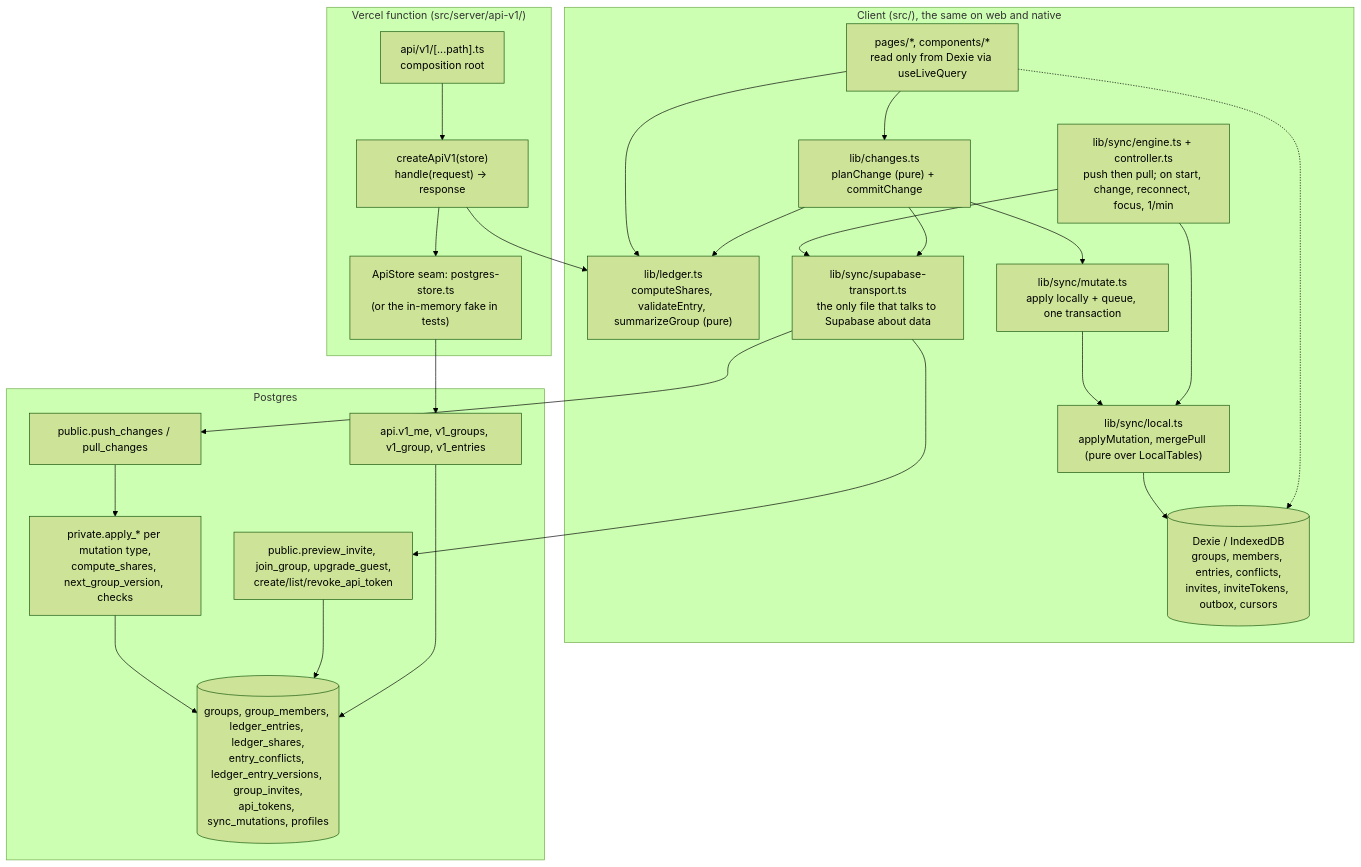
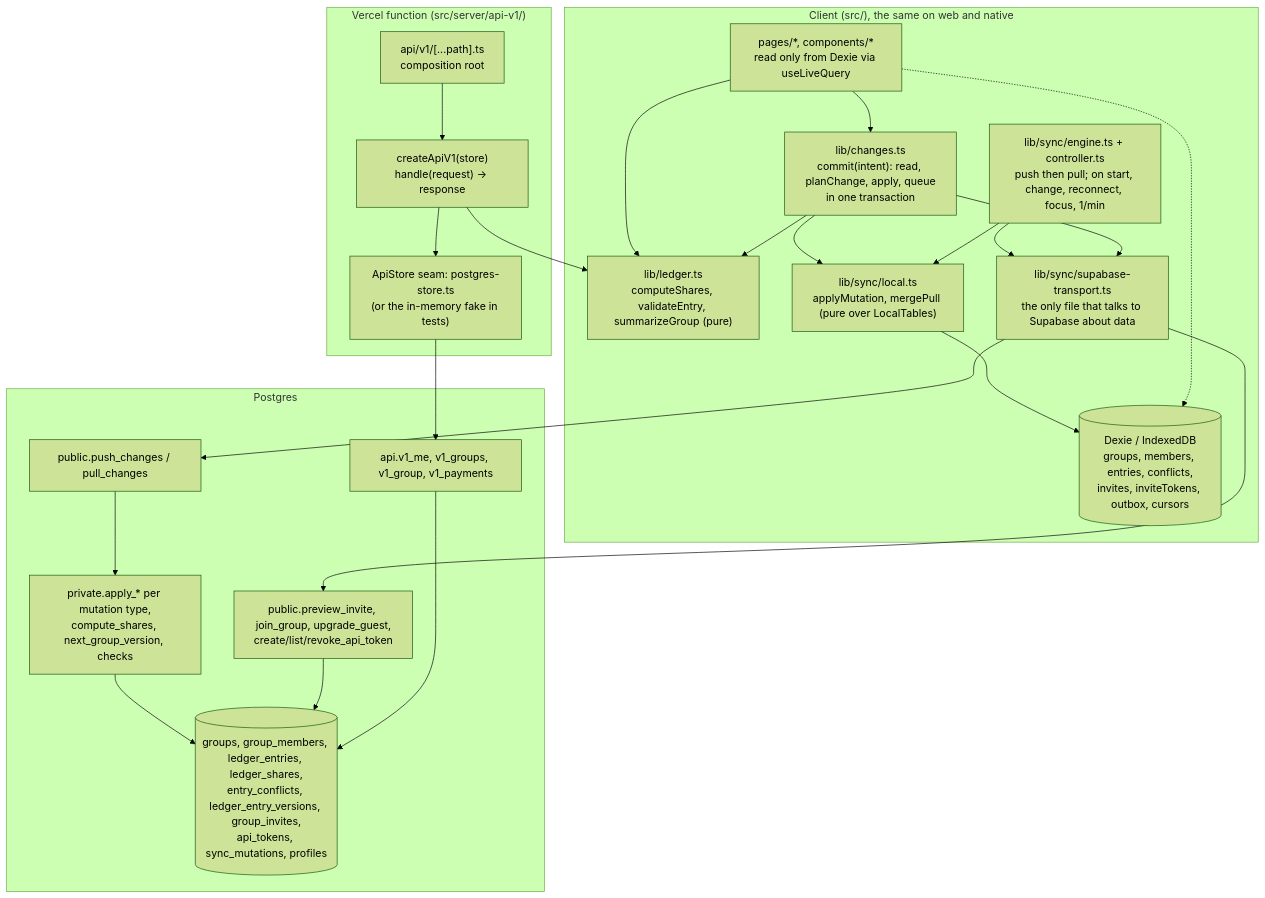
One commit to alfredmjz/handshake changed the second of 5 diagrams in docs/architecture.md. Above: the diagram before and after it, drawn with Mermaid (forest theme). The commit also changed other lines of this file and 4 other files, not shown here.

First line of the commit message:
Docs: handshake payments, pairwise debts, permission matrix and group chat design

````diff
--- a/docs/architecture.md
+++ b/docs/architecture.md
@@ -66,35 +79,34 @@
 ```mermaid
 flowchart TB
 	subgraph client["Client (src/), the same on web and native"]
 		SCREENS["pages/*, components/*<br/>read only from Dexie via useLiveQuery"]
-		ACTIONS["lib/changes.ts<br/>planChange (pure) + commitChange"]
+		ACTIONS["lib/changes.ts<br/>commit(intent): read, planChange, apply, queue<br/>in one transaction"]
 		LEDGER["lib/ledger.ts<br/>computeShares, validateEntry, summarizeGroup (pure)"]
-		MUTATE["lib/sync/mutate.ts<br/>apply locally + queue, one transaction"]
 		LOCAL["lib/sync/local.ts<br/>applyMutation, mergePull (pure over LocalTables)"]
 		DEXIE[("Dexie / IndexedDB<br/>groups, members, entries, conflicts,<br/>invites, inviteTokens, outbox, cursors")]
 		ENGINE["lib/sync/engine.ts + controller.ts<br/>push then pull; on start, change, reconnect, focus, 1/min"]
 		TRANSPORT["lib/sync/supabase-transport.ts<br/>the only file that talks to Supabase about data"]
 	end
 	subgraph server["Vercel function (src/server/api-v1/)"]
 		ADAPTER["api/v1/[...path].ts<br/>composition root"]
 		HANDLER["createApiV1(store)<br/>handle(request) → response"]
 		STORE["ApiStore seam: postgres-store.ts<br/>(or the in-memory fake in tests)"]
 	end
 	subgraph db["Postgres"]
 		PUSHPULL["public.push_changes / pull_changes"]
 		ONLINE["public.preview_invite, join_group, upgrade_guest,<br/>create/list/revoke_api_token"]
 		PRIVATE["private.apply_* per mutation type,<br/>compute_shares, next_group_version, checks"]
-		APIFN["api.v1_me, v1_groups, v1_group, v1_entries"]
+		APIFN["api.v1_me, v1_groups, v1_group, v1_payments"]
 		TABLES[("groups, group_members, ledger_entries, ledger_shares,<br/>entry_conflicts, ledger_entry_versions, group_invites,<br/>api_tokens, sync_mutations, profiles")]
 	end
 
-	SCREENS --> ACTIONS --> MUTATE --> LOCAL --> DEXIE
+	SCREENS --> ACTIONS --> LOCAL --> DEXIE
 	SCREENS --> LEDGER
 	SCREENS -.-> DEXIE
 	ACTIONS --> LEDGER
 	ENGINE --> TRANSPORT --> PUSHPULL --> PRIVATE --> TABLES
 	ENGINE --> LOCAL
 	ACTIONS --> TRANSPORT --> ONLINE --> TABLES
 	ADAPTER --> HANDLER --> STORE --> APIFN --> TABLES
 	HANDLER --> LEDGER
 ```
````
